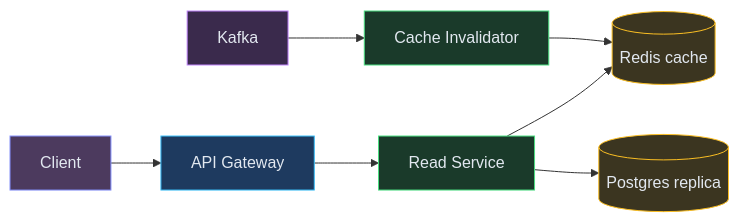
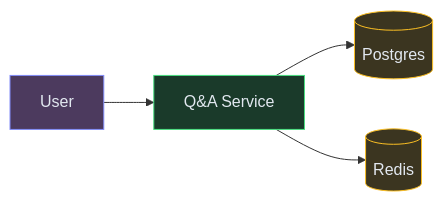
The third of 4 diagrams in content/hld/QAForum.md (iluzn/HLD-Designs), drawn with Mermaid before and after one commit. The commit also changed other lines of this file and 8 other files, not shown here.

````diff
--- a/content/hld/QAForum.md
+++ b/content/hld/QAForum.md
@@ -178,23 +119,15 @@
 ```mermaid
 flowchart LR
-    CLIENT["Client"]:::client
-    GW["API Gateway"]:::edge
-    RS["Read Service"]:::service
-    REDIS[("Redis cache")]:::data
-    REPLICA[("Postgres replica")]:::data
-    KAFKA["Kafka"]:::async
-    INV["Cache Invalidator"]:::service
+    USER["User"]:::client
+    API["Q&A Service"]:::service
+    DB[("Postgres")]:::data
+    CACHE[("Redis")]:::data
 
-    CLIENT --> GW
-    GW --> RS
-    RS --> REDIS
-    RS --> REPLICA
-    KAFKA --> INV
-    INV --> REDIS
+    USER --> API
+    API --> DB
+    API --> CACHE
 
     classDef client fill:#4c3a5e,stroke:#818cf8,color:#e2e8f0
-    classDef edge fill:#1e3a5f,stroke:#38bdf8,color:#e2e8f0
     classDef service fill:#1a3a2a,stroke:#4ade80,color:#e2e8f0
     classDef data fill:#3b3520,stroke:#fbbf24,color:#e2e8f0
-    classDef async fill:#3a2a4c,stroke:#c084fc,color:#e2e8f0
 ```
````
